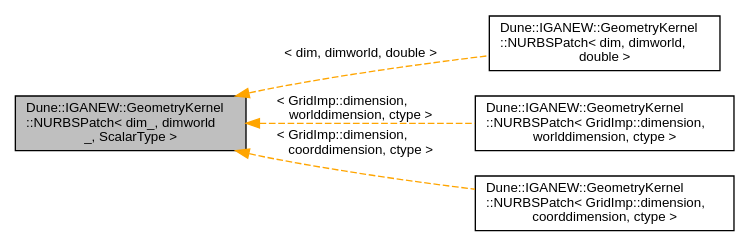
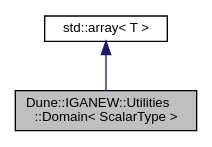
One commit to rath3t/dune-iga-doc changed the diagram in d0/d3c/a00971.dot. Above: the diagram before and after it, drawn with Graphviz. The commit also changed 818 other files, not shown here.

```diff
--- a/d0/d3c/a00971.dot
+++ b/d0/d3c/a00971.dot
@@ -1,14 +1,9 @@
-digraph "Dune::IGANEW::GeometryKernel::NURBSPatch&lt; dim_, dimworld_, ScalarType &gt;"
+digraph "Dune::IGANEW::Utilities::Domain&lt; ScalarType &gt;"
 {
  // LATEX_PDF_SIZE
   edge [fontname="Helvetica",fontsize="10",labelfontname="Helvetica",labelfontsize="10"];
   node [fontname="Helvetica",fontsize="10",shape=record];
-  rankdir="LR";
-  Node1 [label="Dune::IGANEW::GeometryKernel\l::NURBSPatch\< dim_, dimworld\l_, ScalarType \>",height=0.2,width=0.4,color="black", fillcolor="grey75", style="filled", fontcolor="black",tooltip=" "];
-  Node1 -> Node2 [dir="back",color="orange",fontsize="10",style="dashed",label=" \< dim, dimworld, double \>" ,fontname="Helvetica"];
-  Node2 [label="Dune::IGANEW::GeometryKernel\l::NURBSPatch\< dim, dimworld,\l double \>",height=0.2,width=0.4,color="black", fillcolor="white", style="filled",URL="$de/d4e/a00972.html",tooltip=" "];
-  Node1 -> Node3 [dir="back",color="orange",fontsize="10",style="dashed",label=" \< GridImp::dimension,\l worlddimension, ctype \>" ,fontname="Helvetica"];
-  Node3 [label="Dune::IGANEW::GeometryKernel\l::NURBSPatch\< GridImp::dimension,\l worlddimension, ctype \>",height=0.2,width=0.4,color="black", fillcolor="white", style="filled",URL="$de/d4e/a00972.html",tooltip=" "];
-  Node1 -> Node4 [dir="back",color="orange",fontsize="10",style="dashed",label=" \< GridImp::dimension,\l coorddimension, ctype \>" ,fontname="Helvetica"];
-  Node4 [label="Dune::IGANEW::GeometryKernel\l::NURBSPatch\< GridImp::dimension,\l coorddimension, ctype \>",height=0.2,width=0.4,color="black", fillcolor="white", style="filled",URL="$de/d4e/a00972.html",tooltip=" "];
+  Node1 [label="Dune::IGANEW::Utilities\l::Domain\< ScalarType \>",height=0.2,width=0.4,color="black", fillcolor="grey75", style="filled", fontcolor="black",tooltip=" "];
+  Node2 -> Node1 [dir="back",color="midnightblue",fontsize="10",style="solid",fontname="Helvetica"];
+  Node2 [label="std::array\< T \>",height=0.2,width=0.4,color="black", fillcolor="white", style="filled",tooltip=" "];
 }
```
